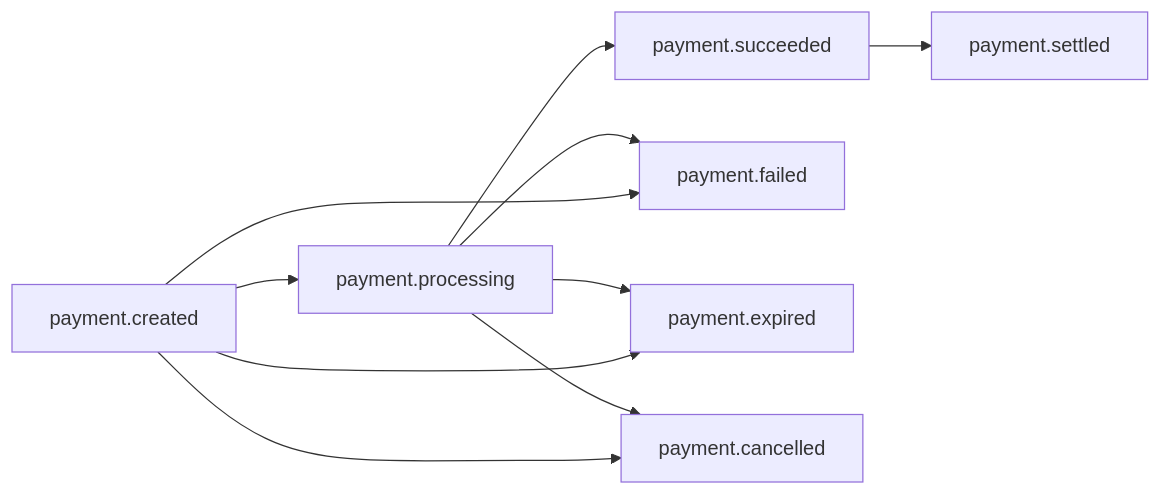
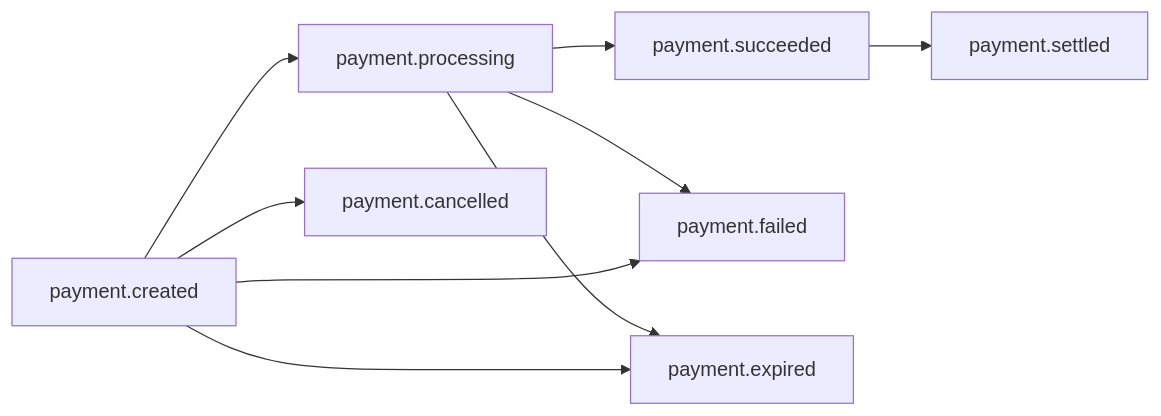
Before and after one commit to WalletConnect/docs: the diagram in payments/webhooks.mdx, drawn with Mermaid.

Commit message:
docs(webhooks): drop processing to cancelled arrow from lifecycle diagram
Core only allows cancellation from requires_action; the contract is
being re-cut to match (fix/webhook-cancelled-no-processing in MX).

````diff
--- a/payments/webhooks.mdx
+++ b/payments/webhooks.mdx
@@ -31,11 +31,10 @@
 ```mermaid actions={false}
 flowchart LR
     C["payment.created"] --> P["payment.processing"]
     P --> S["payment.succeeded"] --> T["payment.settled"]
     P --> F["payment.failed"]
     P --> E["payment.expired"]
-    P --> X["payment.cancelled"]
     C --> F
     C --> E
-    C --> X
+    C --> X["payment.cancelled"]
 ```
````
